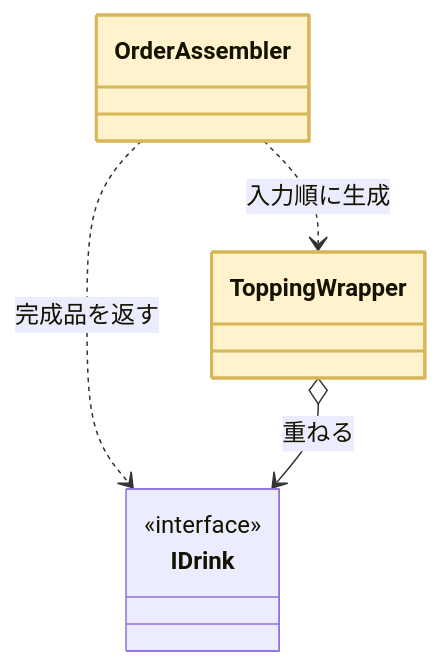
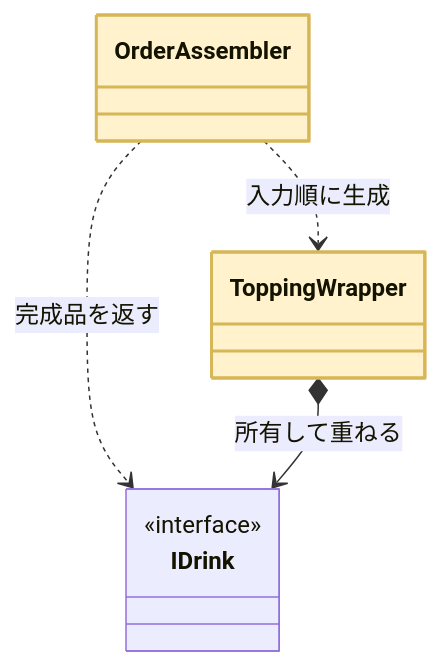
The ninth of 17 diagrams in kindle/design-patterns/output/chapter06.md (kumachan1101-pixel/DesignPattern), drawn with Mermaid before and after one commit. The commit also changed other lines of this file and 23 other files, not shown here.

````diff
--- a/kindle/design-patterns/output/chapter06.md
+++ b/kindle/design-patterns/output/chapter06.md
@@ -1288,12 +1172,12 @@
 ```mermaid
 classDiagram
     class OrderAssembler
     class IDrink { <<interface>> }
     class ToppingWrapper
     OrderAssembler ..> ToppingWrapper : 入力順に生成
     OrderAssembler ..> IDrink : 完成品を返す
-    ToppingWrapper o--> IDrink : 重ねる
+    ToppingWrapper *--> IDrink : 所有して重ねる
     class OrderAssembler:::focus
     class ToppingWrapper:::focus
     classDef focus fill:#FFF2CC,stroke:#D6B656,stroke-width:2px
 ```
````
